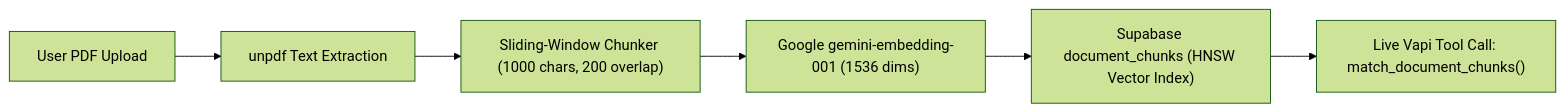
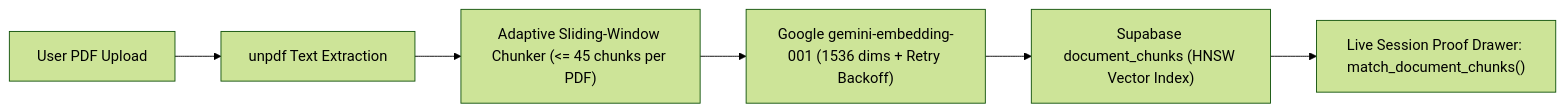
The third of 4 diagrams in README.md (ishan1603/NeuraNest), drawn with Mermaid (forest theme) before and after one commit. The commit also changed other lines of this file and 5 other files, not shown here.

````diff
--- a/README.md
+++ b/README.md
@@ -154,8 +183,8 @@
 ```mermaid
 flowchart LR
   PDF["User PDF Upload"] --> Parse["unpdf Text Extraction"]
-  Parse --> Chunk["Sliding-Window Chunker (1000 chars, 200 overlap)"]
-  Chunk --> Embed["Google gemini-embedding-001 (1536 dims)"]
+  Parse --> Chunk["Adaptive Sliding-Window Chunker (<= 45 chunks per PDF)"]
+  Chunk --> Embed["Google gemini-embedding-001 (1536 dims + Retry Backoff)"]
   Embed --> Store["Supabase document_chunks (HNSW Vector Index)"]
-  Store --> Search["Live Vapi Tool Call: match_document_chunks()"]
+  Store --> Verify["Live Session Proof Drawer: match_document_chunks()"]
 ```
````
